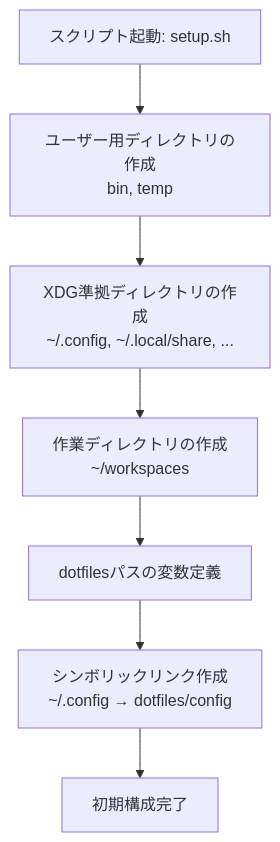
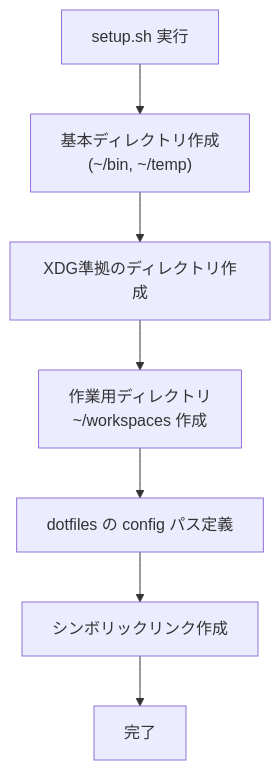
Before and after one commit to atsushifx/zenn-dev: the first of 2 diagrams in articles/wsl2-setup-create-working-dir.md, drawn with Mermaid. The commit also changed other lines of this file, not shown here.

````diff
--- a/articles/wsl2-setup-create-working-dir.md
+++ b/articles/wsl2-setup-create-working-dir.md
@@ -556,9 +569,9 @@
 ```mermaid
 graph TD
-    A["スクリプト起動: setup.sh"] --> B1["ユーザー用ディレクトリの作成<br/>bin, temp"]
-    B1 --> B2["XDG準拠ディレクトリの作成<br/>~/.config, ~/.local/share, ..."]
-    B2 --> B3["作業ディレクトリの作成<br />~/workspaces"]
-    B3 --> D[dotfilesパスの変数定義]
-    D --> E[シンボリックリンク作成<br/>~/.config → dotfiles/config]
-    E --> F[初期構成完了]
+    A[setup.sh 実行] --> B["基本ディレクトリ作成<br/>(~/bin, ~/temp)"]
+    B --> C[XDG準拠のディレクトリ作成]
+    C --> D["作業用ディレクトリ<br />~/workspaces 作成"]
+    D --> E[dotfiles の config パス定義]
+    E --> F[シンボリックリンク作成]
+    F --> G[完了]
 ```
````
